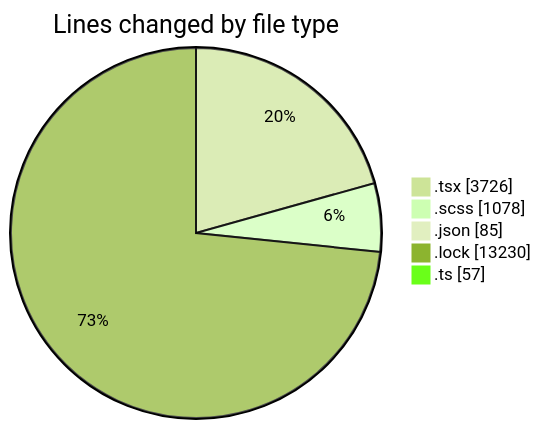
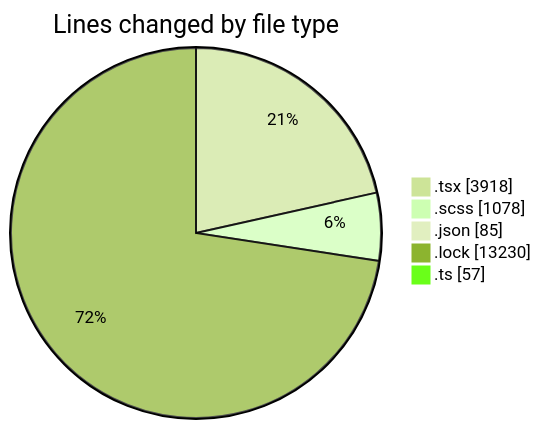
The first of 2 diagrams in 2025-10-03/cda/README.md (momahboobian/code-tracking), drawn with Mermaid (forest theme) before and after one commit. The commit also changed other lines of this file and 1 other file, not shown here.

````diff
--- a/2025-10-03/cda/README.md
+++ b/2025-10-03/cda/README.md
@@ -30,9 +30,9 @@
 ```mermaid
 pie showData
 title Lines changed by file type
-".tsx" : 3726
+".tsx" : 3918
 ".scss" : 1078
 ".json" : 85
 ".lock" : 13230
 ".ts" : 57
 ```
````
